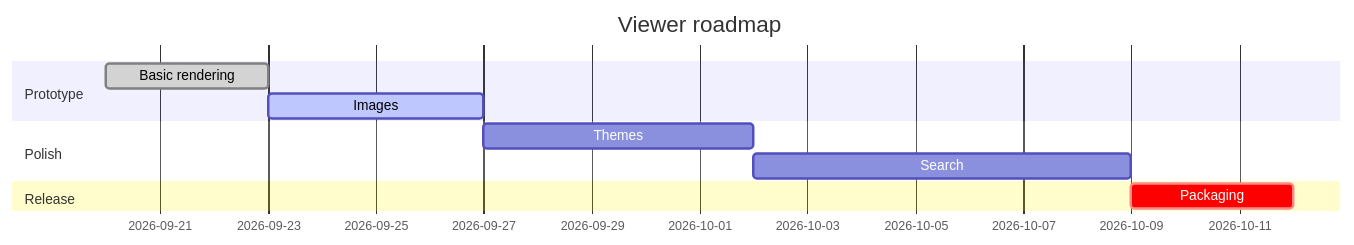
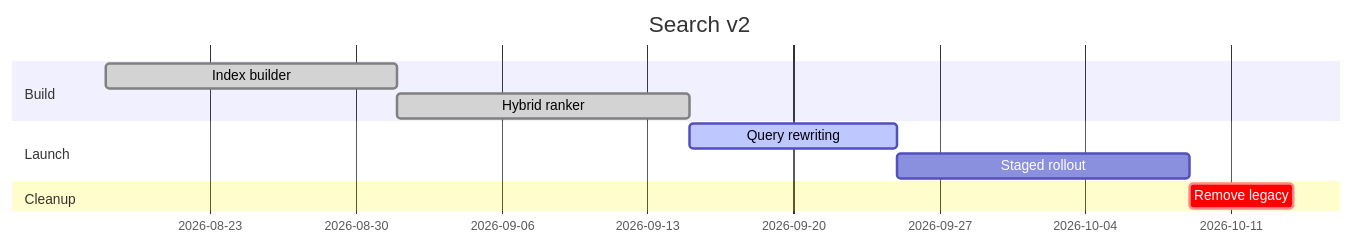
One commit to luizbafilho/markview changed the third of 4 diagrams in sample.md. Above: the diagram before and after it, drawn with Mermaid. The commit also changed other lines of this file and 9 other files, not shown here.

````diff
--- a/sample.md
+++ b/sample.md
@@ -245,13 +75,13 @@
 ```mermaid
 gantt
-    title Viewer roadmap
+    title Search v2
     dateFormat YYYY-MM-DD
-    section Prototype
-    Basic rendering   :done,    a1, 2026-09-20, 3d
-    Images            :active,  a2, 2026-09-23, 4d
-    section Polish
-    Themes            :         a3, after a2, 5d
-    Search            :         a4, after a3, 7d
-    section Release
-    Packaging         :crit,    a5, after a4, 3d
+    section Build
+    Index builder     :done,    a1, 2026-08-18, 14d
+    Hybrid ranker     :done,    a2, after a1, 14d
+    section Launch
+    Query rewriting   :active,  a3, after a2, 10d
+    Staged rollout    :         a4, after a3, 14d
+    section Cleanup
+    Remove legacy     :crit,    a5, after a4, 5d
 ```
````
